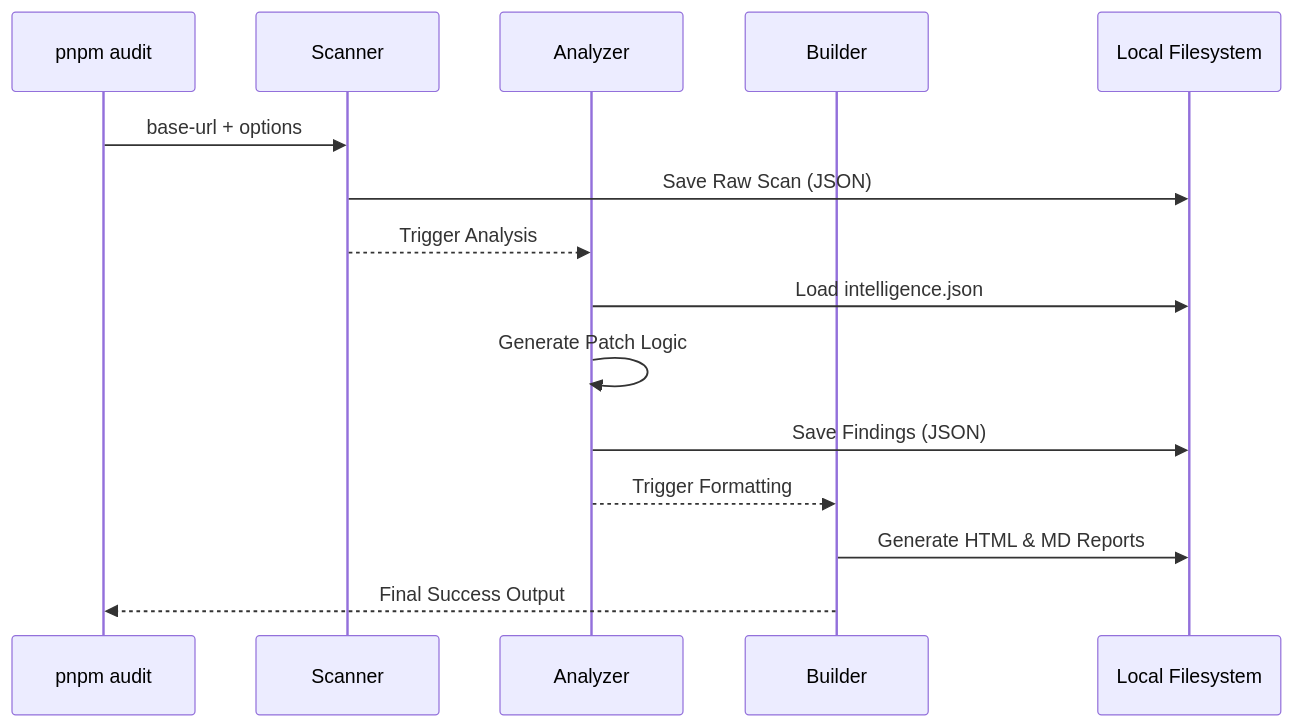
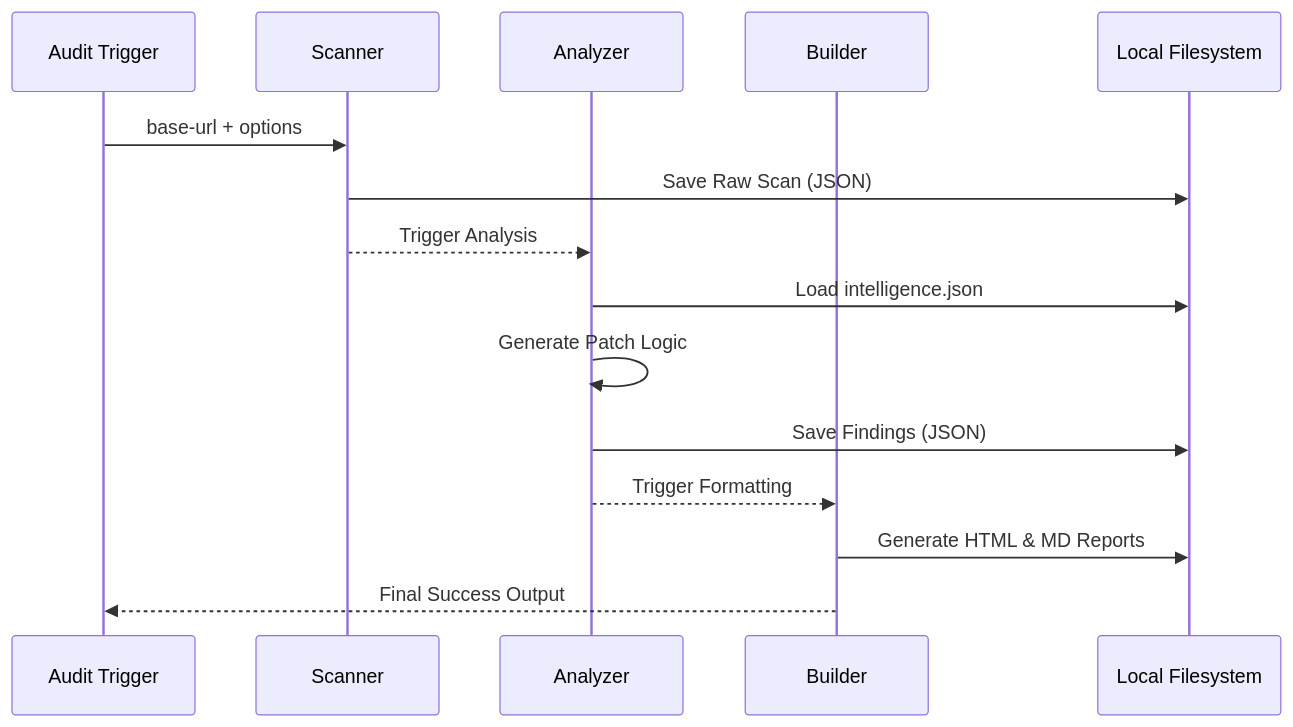
One commit to diegovelasquezweb/a11y-skill changed the second of 2 diagrams in docs/architecture.md. Above: the diagram before and after it, drawn with Mermaid. The commit also changed 5 other files, not shown here.

````diff
--- a/docs/architecture.md
+++ b/docs/architecture.md
@@ -56,18 +56,18 @@
 ```mermaid
 sequenceDiagram
-    participant CLI as pnpm audit
+    participant CLI as Audit Trigger
     participant S as Scanner
     participant A as Analyzer
     participant B as Builder
     participant FS as Local Filesystem
 
     CLI->>S: base-url + options
     S->>FS: Save Raw Scan (JSON)
     S-->>A: Trigger Analysis
     A->>FS: Load intelligence.json
     A->>A: Generate Patch Logic
     A->>FS: Save Findings (JSON)
     A-->>B: Trigger Formatting
     B->>FS: Generate HTML & MD Reports
     B-->>CLI: Final Success Output
 ```
````
